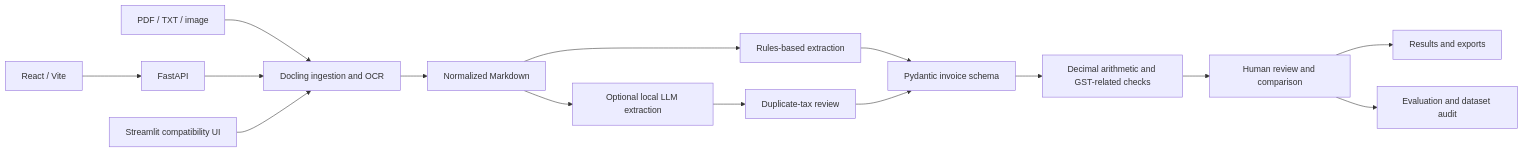
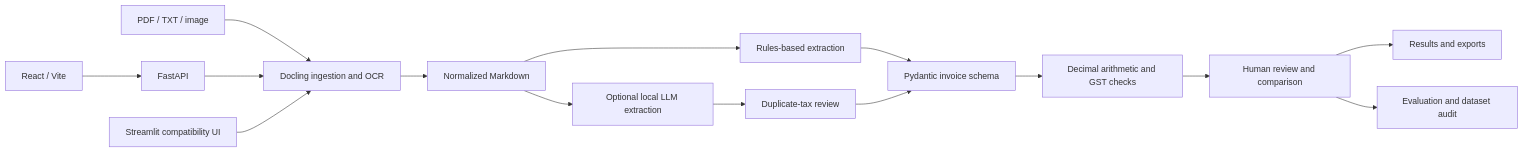
The diagram in README.md (AkshayKumarBolusani/India-Invoice), drawn with Mermaid before and after one commit. The commit also changed other lines of this file, not shown here.

````diff
--- a/README.md
+++ b/README.md
@@ -261,17 +112,17 @@
-``` mermaid
+```mermaid
 flowchart LR
     Upload[PDF / TXT / image] --> Ingest[Docling ingestion and OCR]
     Ingest --> Markdown[Normalized Markdown]
     Markdown --> Rules[Rules-based extraction]
     Markdown --> LLM[Optional local LLM extraction]
     Rules --> Schema[Pydantic invoice schema]
     LLM --> Review[Duplicate-tax review]
     Review --> Schema
-    Schema --> Validate[Decimal arithmetic and GST-related checks]
+    Schema --> Validate[Decimal arithmetic and GST checks]
     Validate --> Human[Human review and comparison]
     Human --> Export[Results and exports]
     Human --> Eval[Evaluation and dataset audit]
     API[FastAPI] --> Ingest
     React[React / Vite] --> API
     Streamlit[Streamlit compatibility UI] --> Ingest
 ```
````
